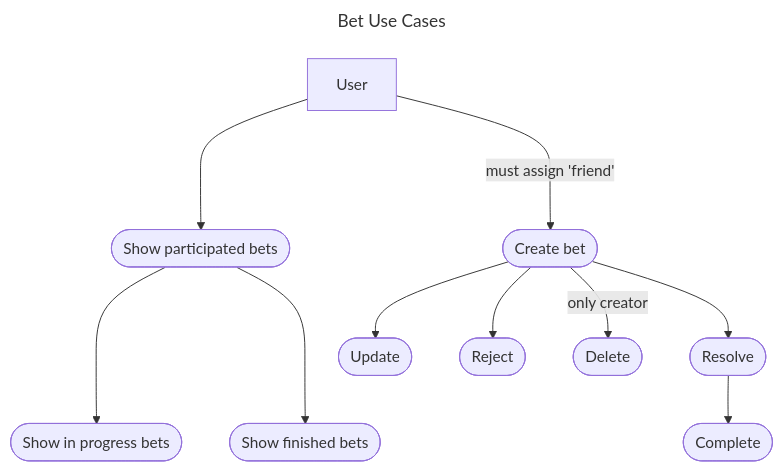
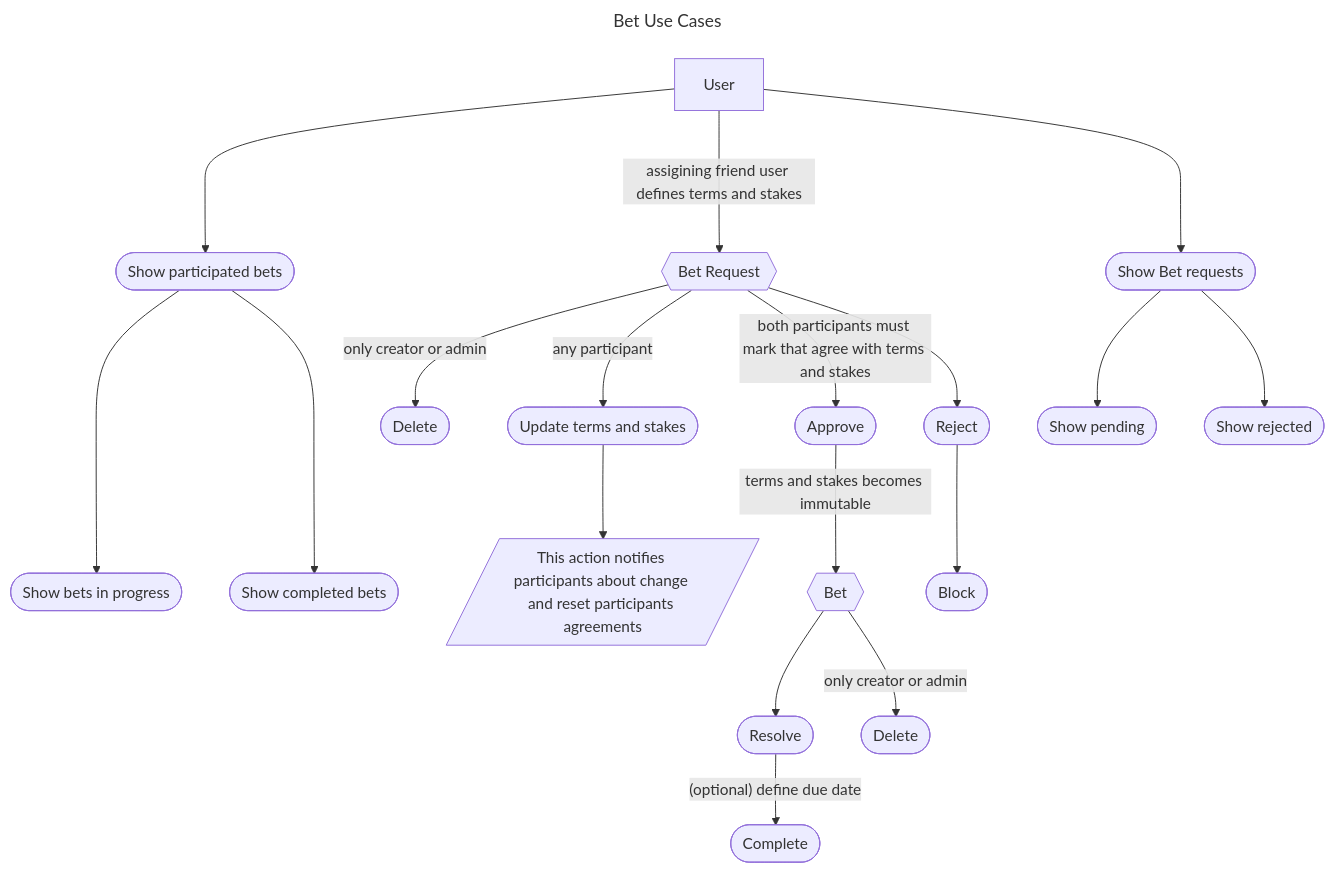
The first of 2 diagrams in documents/01_requirements/use_cases/bet_context.md (radek2s/BetKeeper), drawn with Mermaid before and after one commit. The commit also changed other lines of this file and 1 other file, not shown here.

Commit message:
💥 Update requirements with BetRequest
Added a new concept of BetRequest
User can't create bet with assigne that not approved bet request.

````diff
--- a/documents/01_requirements/use_cases/bet_context.md
+++ b/documents/01_requirements/use_cases/bet_context.md
@@ -4,15 +10,25 @@
 ```mermaid
 ---
 title: Bet Use Cases
 ---
 flowchart TB
-    USER["User"] ---> BET_VIEW(["Show participated bets"]) 
-    BET_VIEW ---> BET_VIEW_PENDING(["Show in progress bets"]) & BET_VIEW_RESOLVED(["Show finished bets"])
-    USER -- must assign 'friend' ---> BET_CREATE(["Create bet"])
+    USER ---> BET_VIEW(["Show participated bets"])
+    BET_VIEW ---> BET_VIEW_PENDING(["Show bets in progress"]) & BET_VIEW_RESOLVED(["Show completed bets"])
+    USER -- assigining friend user defines terms and stakes ---> BET_REQUEST{{"Bet Request"}}
+    USER["User"] ---> BET_REQUESTS(["Show Bet requests"])
+    BET_REQUESTS(["Show Bet requests"]) --> BET_REQUESTS_PENDING(["Show pending"])
+    BET_REQUESTS(["Show Bet requests"]) --> BET_REQUESTS_REJECTED(["Show rejected"])
+    BET_REQUEST -- only creator or admin --> BET_REQUEST_DELETE(["Delete"])
+    BET_REQUEST -- any participant --> BET_REQUEST_UPDATE(["Update terms and stakes"])
+    BET_REQUEST_UPDATE --> BET_REQUSET_NOTE[/"This action notifies participants about change and reset participants agreements"/]
+    BET_REQUEST -- both participants must mark that agree with terms and stakes --> BET_APPROVED(["Approve"])
+    BET_REQUEST --> BET_REJECTED(["Reject"])
+    BET_REJECTED --> BET_REQUEST_UNSUBSCRIBE(["Block"])
+    
+    BET_APPROVED(["Approve"]) -- terms and stakes becomes immutable --> BET{{"Bet"}}
+    BET --> BET_RESOLVE(["Resolve"])
+    BET_RESOLVE -- (optional) define due date --> BET_COMPLETE(["Complete"])
+    BET -- only creator or admin --> BET_DELETE(["Delete"])
 
-    BET_CREATE --> BET_UPDATE(["Update"])
-    BET_CREATE --> BET_REJECT(["Reject"])
-    BET_CREATE -- only creator --> BET_DELETE(["Delete"])
-    BET_CREATE --> BET_RESOLVE(["Resolve"])
-    BET_RESOLVE --> BET_COMPLETE(["Complete"])
+
 ```
````
